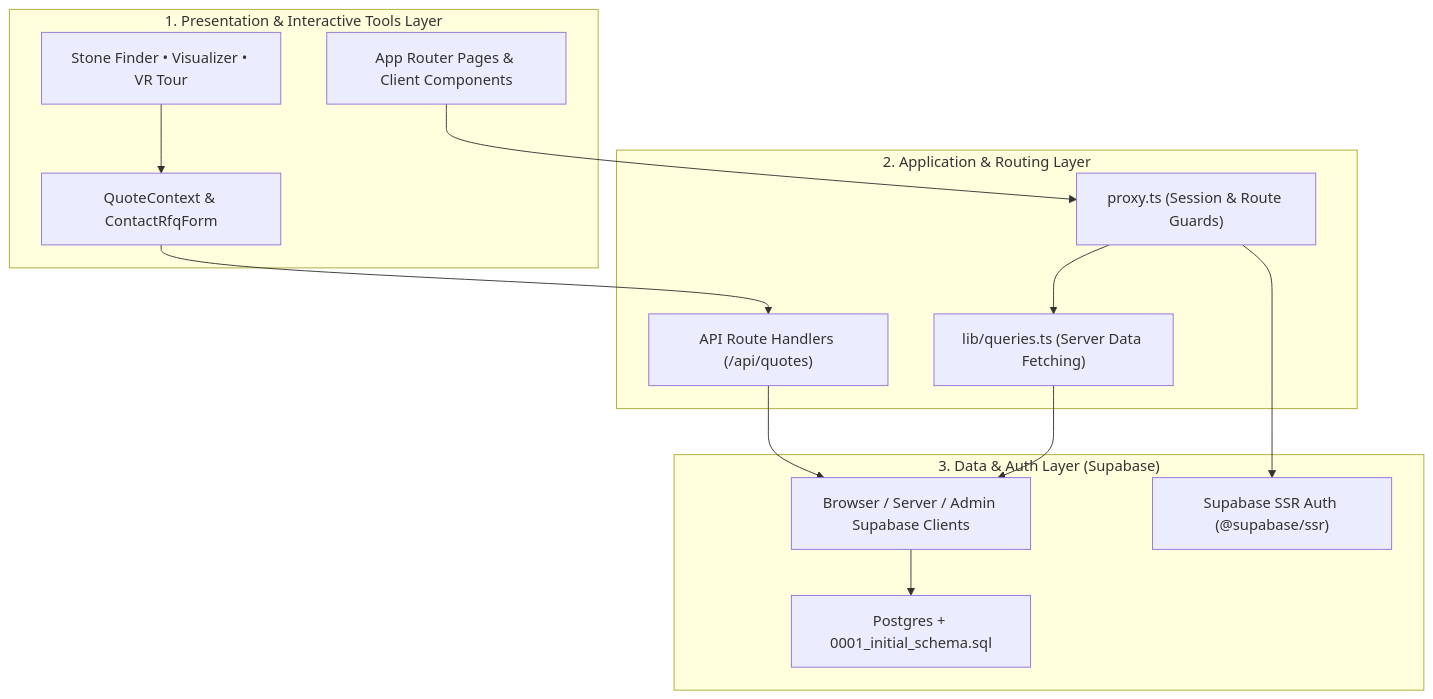
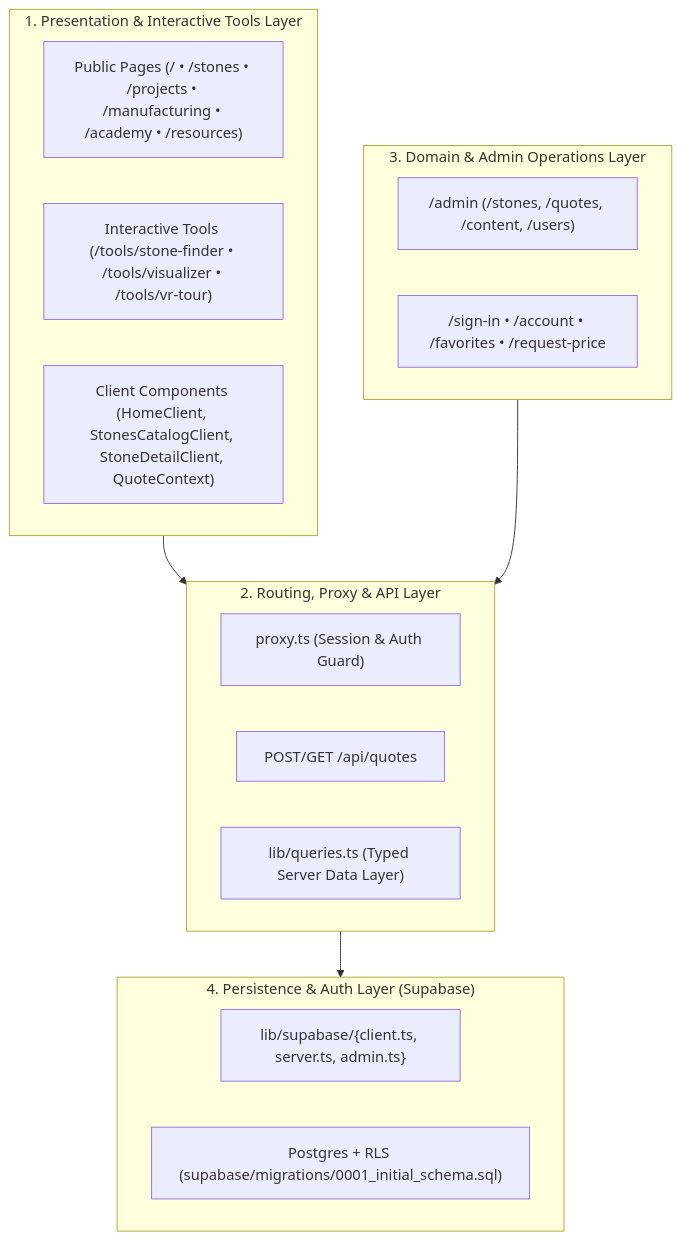
One commit to islamsamyy/maadi-website changed the first of 2 diagrams in README.md. Above: the diagram before and after it, drawn with Mermaid. The commit also changed other lines of this file, not shown here.

Commit message:
docs: add ultra-detailed architecture, schemas, visual showcase, APIs, and business ROI

````diff
--- a/README.md
+++ b/README.md
@@ -14,24 +39,27 @@
 ```mermaid
 flowchart TB
     subgraph L1["1. Presentation & Interactive Tools Layer"]
-        UI["App Router Pages & Client Components"]
-        Tools["Stone Finder • Visualizer • VR Tour"]
-        QuoteUI["QuoteContext & ContactRfqForm"]
+        Pages["Public Pages (/ • /stones • /projects • /manufacturing • /academy • /resources)"]
+        Tools["Interactive Tools (/tools/stone-finder • /tools/visualizer • /tools/vr-tour)"]
+        Client["Client Components (HomeClient, StonesCatalogClient, StoneDetailClient, QuoteContext)"]
     end
 
-    subgraph L2["2. Application & Routing Layer"]
-        Proxy["proxy.ts (Session & Route Guards)"]
-        API["API Route Handlers (/api/quotes)"]
-        Queries["lib/queries.ts (Server Data Fetching)"]
+    subgraph L2["2. Routing, Proxy & API Layer"]
+        Proxy["proxy.ts (Session & Auth Guard)"]
+        API["POST/GET /api/quotes"]
+        Queries["lib/queries.ts (Typed Server Data Layer)"]
     end
 
-    subgraph L3["3. Data & Auth Layer (Supabase)"]
-        SupaClient["Browser / Server / Admin Supabase Clients"]
-        DB["Postgres + 0001_initial_schema.sql"]
-        Auth["Supabase SSR Auth (@supabase/ssr)"]
+    subgraph L3["3. Domain & Admin Operations Layer"]
+        Admin["/admin (/stones, /quotes, /content, /users)"]
+        Customer["/sign-in • /account • /favorites • /request-price"]
     end
 
-    UI --> Proxy --> Queries --> SupaClient --> DB
-    Tools --> QuoteUI --> API --> SupaClient
-    Proxy --> Auth
+    subgraph L4["4. Persistence & Auth Layer (Supabase)"]
+        Clients["lib/supabase/{client.ts, server.ts, admin.ts}"]
+        PG["Postgres + RLS (supabase/migrations/0001_initial_schema.sql)"]
+    end
+
+    L1 --> L2 --> L4
+    L3 --> L2
 ```
````
